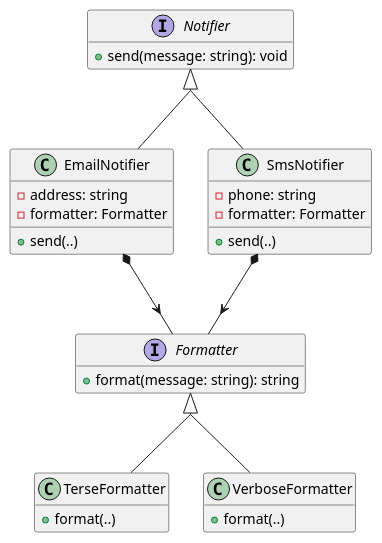
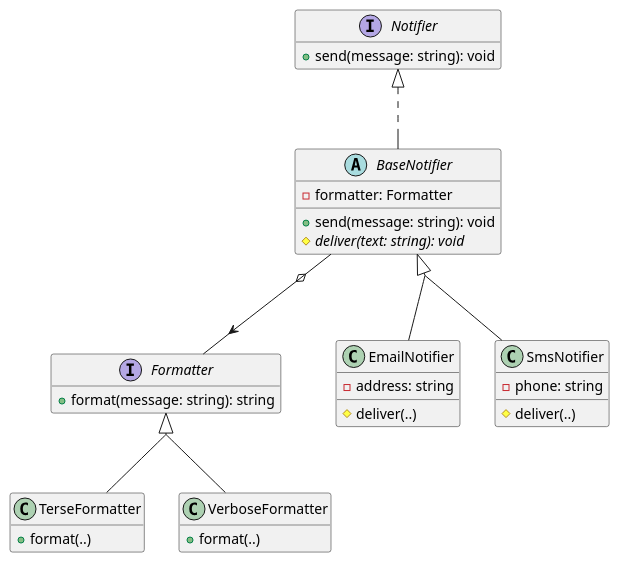
One commit to ubccpsc/210 changed the second of 2 diagrams in docs/part2/06_extension.md. Above: the diagram before and after it, drawn with PlantUML. The commit also changed other lines of this file and 6 other files, not shown here.

````diff
--- a/docs/part2/06_extension.md
+++ b/docs/part2/06_extension.md
@@ -248,30 +285,32 @@
 ```plantuml
 @startuml
 
 hide empty members
 skinparam groupInheritance 2
 
 interface Notifier
 interface Formatter
+abstract class BaseNotifier
 
-Notifier <|.. EmailNotifier
-Notifier <|.. SmsNotifier
+Notifier <|.. BaseNotifier
+BaseNotifier <|-- EmailNotifier
+BaseNotifier <|-- SmsNotifier
 Formatter <|.. TerseFormatter
 Formatter <|.. VerboseFormatter
 
-EmailNotifier *--> Formatter
-SmsNotifier *--> Formatter
+BaseNotifier o--> Formatter
 
 Notifier  : +send(message: string): void
 Formatter : +format(message: string): string
+BaseNotifier : -formatter: Formatter
+BaseNotifier : +send(message: string): void
+BaseNotifier : {abstract} #deliver(text: string): void
 EmailNotifier : -address: string
-EmailNotifier : -formatter: Formatter
-EmailNotifier : +send(..)
+EmailNotifier : #deliver(..)
 SmsNotifier : -phone: string
-SmsNotifier : -formatter: Formatter
-SmsNotifier : +send(..)
+SmsNotifier : #deliver(..)
 TerseFormatter : +format(..)
 VerboseFormatter : +format(..)
 
 @enduml
 ```
````
